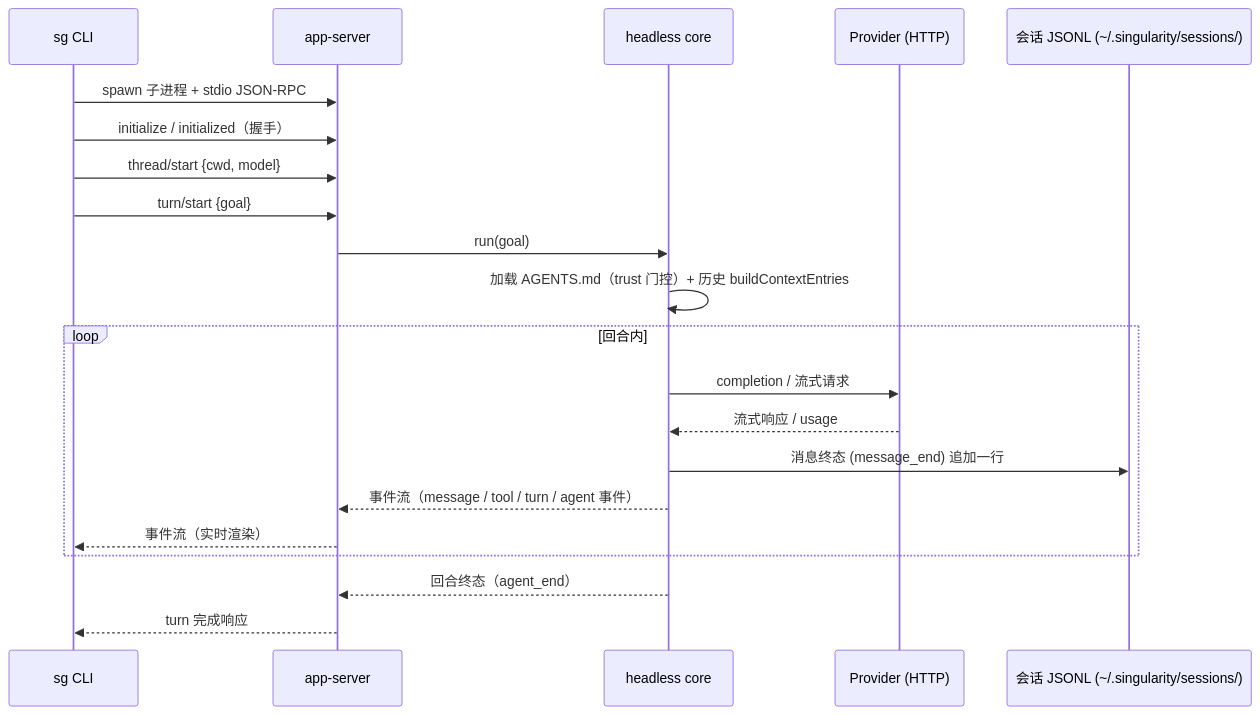
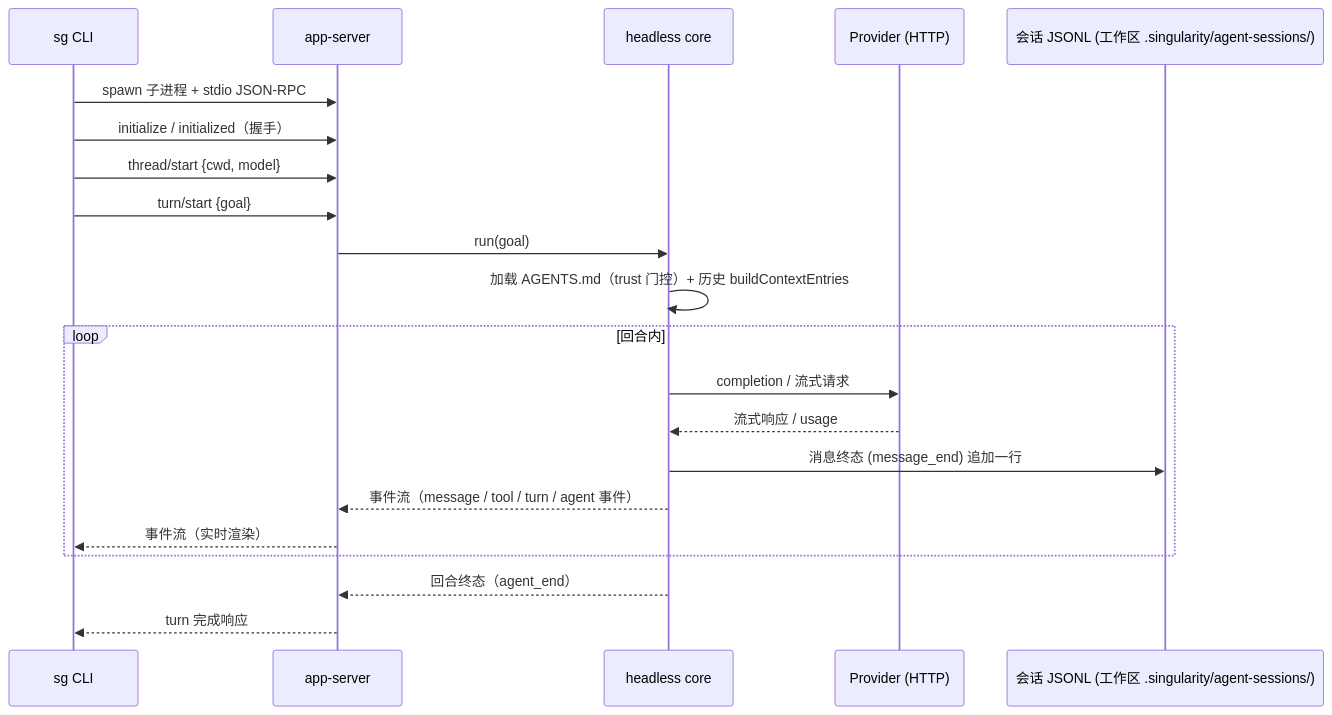
Before and after one commit to qjcnmd/singularity-agent: the second of 8 diagrams in docs/singularity.md, drawn with Mermaid. The commit also changed other lines of this file and 2 other files, not shown here.

````diff
--- a/docs/singularity.md
+++ b/docs/singularity.md
@@ -56,23 +57,23 @@
 ```mermaid
 sequenceDiagram
     participant CLI as sg CLI
     participant S as app-server
     participant C as headless core
     participant P as Provider (HTTP)
-    participant F as 会话 JSONL (~/.singularity/sessions/)
+    participant F as 会话 JSONL (工作区 .singularity/agent-sessions/)
     CLI->>S: spawn 子进程 + stdio JSON-RPC
     CLI->>S: initialize / initialized（握手）
     CLI->>S: thread/start {cwd, model}
     CLI->>S: turn/start {goal}
     S->>C: run(goal)
     C->>C: 加载 AGENTS.md（trust 门控）+ 历史 buildContextEntries
     loop 回合内
         C->>P: completion / 流式请求
         P-->>C: 流式响应 / usage
         C->>F: 消息终态 (message_end) 追加一行
         C-->>S: 事件流（message / tool / turn / agent 事件）
         S-->>CLI: 事件流（实时渲染）
     end
     C-->>S: 回合终态（agent_end）
     S-->>CLI: turn 完成响应
 ```
````
